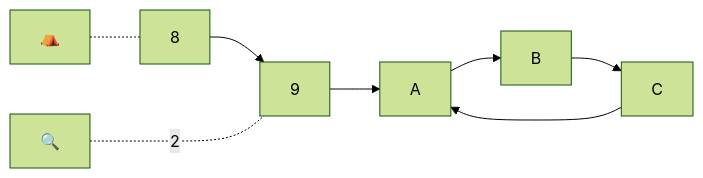
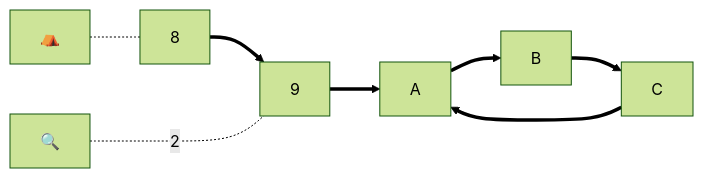
The tenth of 13 diagrams in _posts/2026-02-15-nuralagus-rex.md (raganwald/raganwald.github.com), drawn with Mermaid (forest theme) before and after one commit. The commit also changed other lines of this file, not shown here.

```diff
--- a/_posts/2026-02-15-nuralagus-rex.md
+++ b/_posts/2026-02-15-nuralagus-rex.md
@@ -219,15 +219,15 @@
 <div class="mermaid">
   graph LR
     
     base["⛺️"]
     search["🔍"]
     e["8"]
     f["9"]
     g["A"]
     h["B"]
     i["C"]
 
-    e-->f-->g-->h-->i-->g
+    e==>f==>g==>h==>i==>g
     base-.-e
     search-..-|"2"|f
 </div>
```
